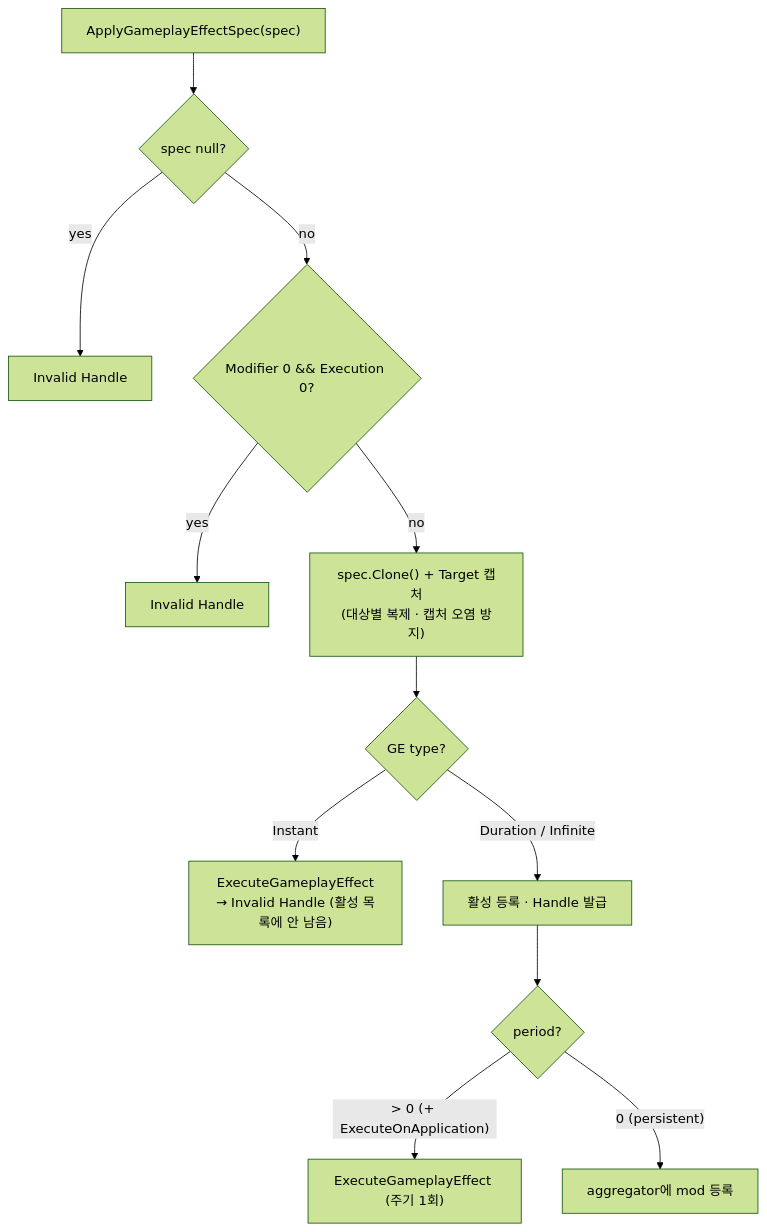
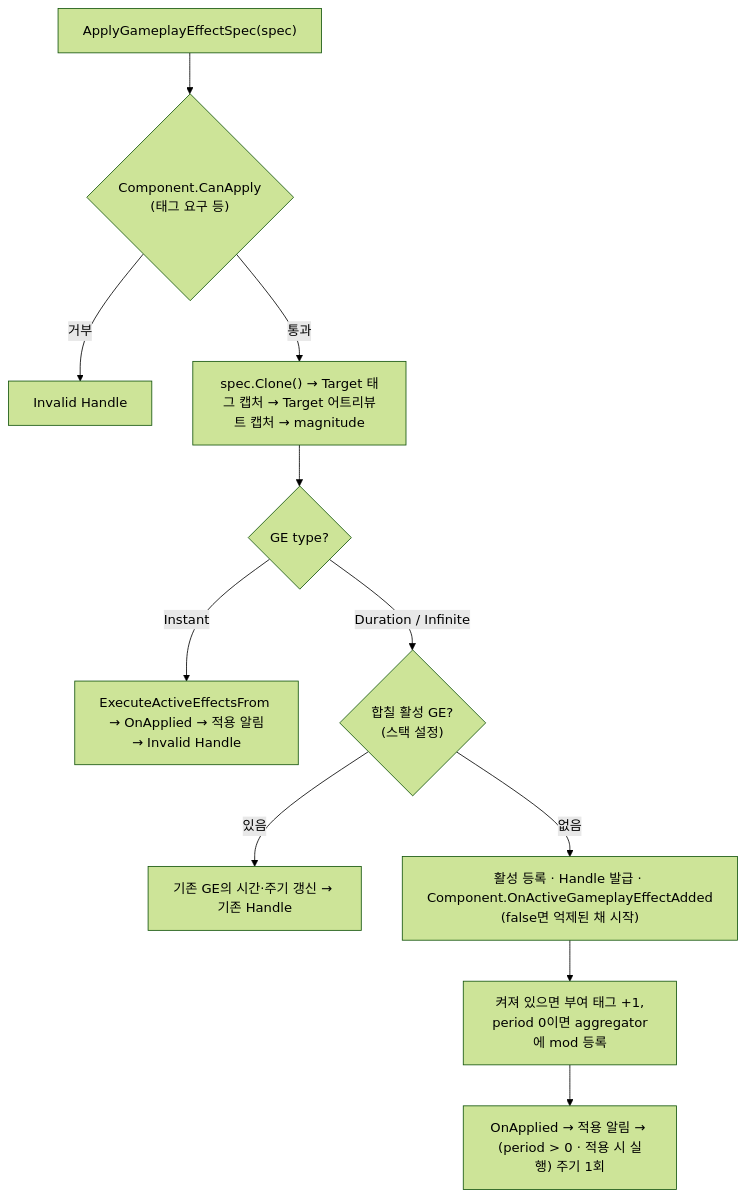
One commit to hanaaple/AbilitySystem-For-Unity changed the first of 2 diagrams in dev-docs/project/architecture/ability-system/gameplay-effect.md. Above: the diagram before and after it, drawn with Mermaid (forest theme). The commit also changed other lines of this file and 862 other files, not shown here.

````diff
--- a/dev-docs/project/architecture/ability-system/gameplay-effect.md
+++ b/dev-docs/project/architecture/ability-system/gameplay-effect.md
@@ -74,14 +75,13 @@
 ```mermaid
 flowchart TD
-    A["ApplyGameplayEffectSpec(spec)"] --> B{"spec null?"}
-    B -->|yes| INV1["Invalid Handle"]
-    B -->|no| C{"Modifier 0 && Execution 0?"}
-    C -->|yes| INV2["Invalid Handle"]
-    C -->|no| D["spec.Clone() + Target 캡처<br/>(대상별 복제 · 캡처 오염 방지)"]
+    A["ApplyGameplayEffectSpec(spec)"] --> CA{"Component.CanApply<br/>(태그 요구 등)"}
+    CA -->|거부| INV["Invalid Handle"]
+    CA -->|통과| D["spec.Clone() → Target 태그 캡처 → Target 어트리뷰트 캡처 → magnitude"]
     D --> E{"GE type?"}
-    E -->|Instant| F["ExecuteGameplayEffect<br/>→ Invalid Handle (활성 목록에 안 남음)"]
-    E -->|"Duration / Infinite"| G["활성 등록 · Handle 발급"]
-    G --> H{"period?"}
-    H -->|"> 0 (+ ExecuteOnApplication)"| I["ExecuteGameplayEffect (주기 1회)"]
-    H -->|"0 (persistent)"| J["aggregator에 mod 등록"]
+    E -->|Instant| F["ExecuteActiveEffectsFrom → OnApplied → 적용 알림<br/>→ Invalid Handle"]
+    E -->|"Duration / Infinite"| S{"합칠 활성 GE?<br/>(스택 설정)"}
+    S -->|있음| ST["기존 GE의 시간·주기 갱신 → 기존 Handle"]
+    S -->|없음| G["활성 등록 · Handle 발급 · Component.OnActiveGameplayEffectAdded<br/>(false면 억제된 채 시작)"]
+    G --> H["켜져 있으면 부여 태그 +1,<br/>period 0이면 aggregator에 mod 등록"]
+    H --> I["OnApplied → 적용 알림 → (period > 0 · 적용 시 실행) 주기 1회"]
 ```
````
